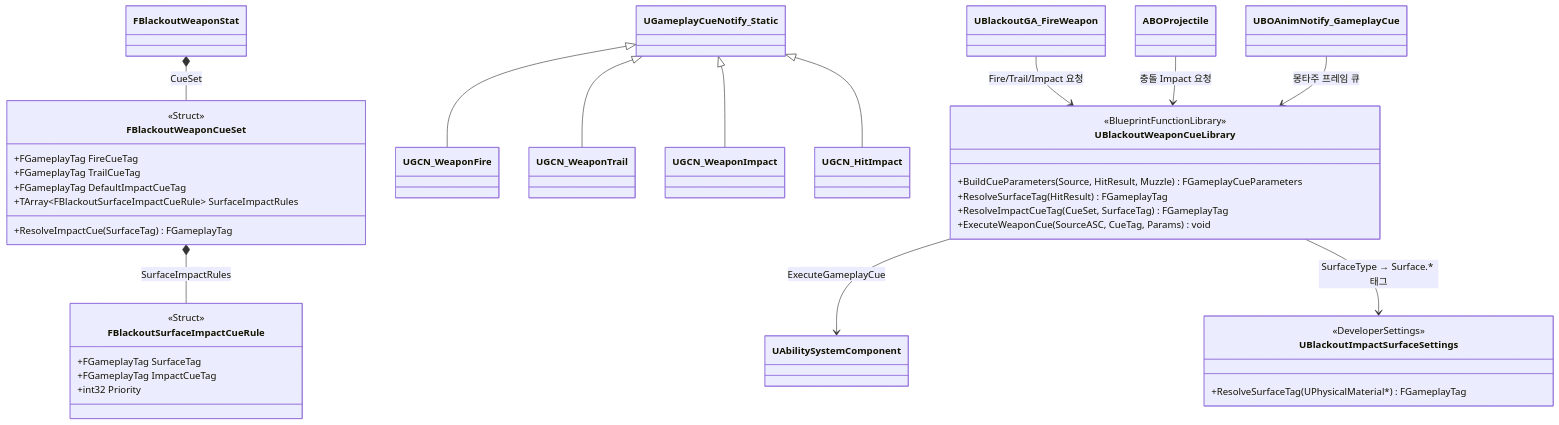
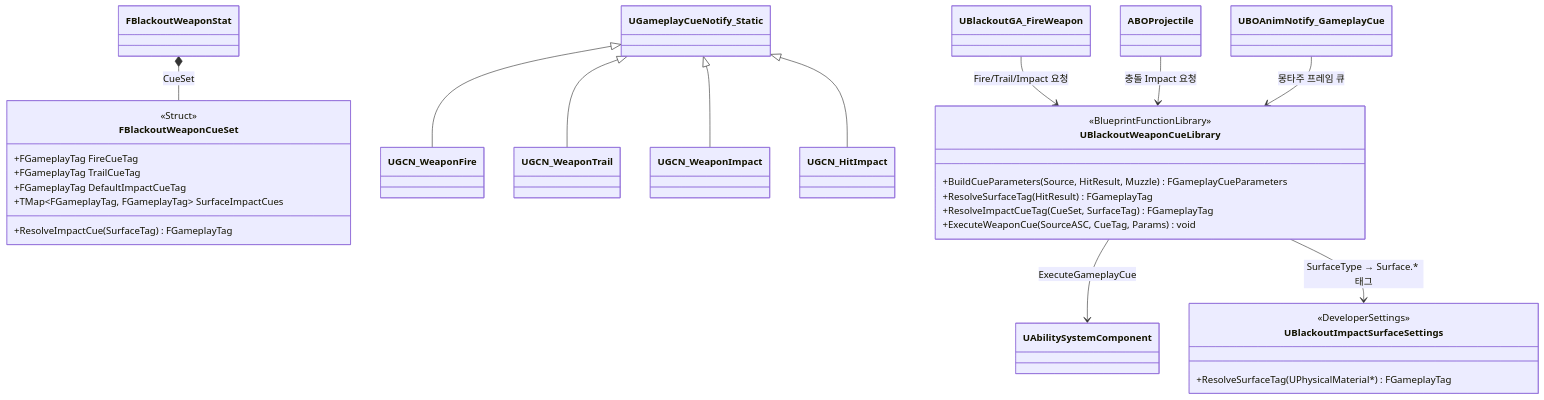
The second of 2 diagrams in Docs/슬라이드_GCN_실행로직.md (seongwon1579/ProjectBlackout), drawn with Mermaid before and after one commit. The commit also changed other lines of this file and 2 other files, not shown here.

Commit message:
Refactor: 무기 피격 GCN 매핑 TMap 기반 전환
ResolveImpactCue를 TArray 선형 탐색에서 표면 태그 키
TMap 조회로 단순화. 키 유일성으로 불필요해진
FBlackoutSurfaceImpactCueRule/Priority 제거, 관련 문서 동기화.

````diff
--- a/Docs/슬라이드_GCN_실행로직.md
+++ b/Docs/슬라이드_GCN_실행로직.md
@@ -63,40 +63,33 @@
 ```mermaid
 classDiagram
     direction TB
     FBlackoutWeaponStat *-- FBlackoutWeaponCueSet : CueSet
-    FBlackoutWeaponCueSet *-- FBlackoutSurfaceImpactCueRule : SurfaceImpactRules
     UGameplayCueNotify_Static <|-- UGCN_WeaponFire
     UGameplayCueNotify_Static <|-- UGCN_WeaponTrail
     UGameplayCueNotify_Static <|-- UGCN_WeaponImpact
     UGameplayCueNotify_Static <|-- UGCN_HitImpact
     class FBlackoutWeaponCueSet {
         <<Struct>>
         +FGameplayTag FireCueTag
         +FGameplayTag TrailCueTag
         +FGameplayTag DefaultImpactCueTag
-        +TArray~FBlackoutSurfaceImpactCueRule~ SurfaceImpactRules
+        +TMap~FGameplayTag, FGameplayTag~ SurfaceImpactCues
         +ResolveImpactCue(SurfaceTag) FGameplayTag
-    }
-    class FBlackoutSurfaceImpactCueRule {
-        <<Struct>>
-        +FGameplayTag SurfaceTag
-        +FGameplayTag ImpactCueTag
-        +int32 Priority
     }
     class UBlackoutWeaponCueLibrary {
         <<BlueprintFunctionLibrary>>
         +BuildCueParameters(Source, HitResult, Muzzle) FGameplayCueParameters
         +ResolveSurfaceTag(HitResult) FGameplayTag
         +ResolveImpactCueTag(CueSet, SurfaceTag) FGameplayTag
         +ExecuteWeaponCue(SourceASC, CueTag, Params) void
     }
     class UBlackoutImpactSurfaceSettings {
         <<DeveloperSettings>>
         +ResolveSurfaceTag(UPhysicalMaterial*) FGameplayTag
     }
     UBlackoutGA_FireWeapon --> UBlackoutWeaponCueLibrary : Fire/Trail/Impact 요청
     ABOProjectile --> UBlackoutWeaponCueLibrary : 충돌 Impact 요청
     UBOAnimNotify_GameplayCue --> UBlackoutWeaponCueLibrary : 몽타주 프레임 큐
     UBlackoutWeaponCueLibrary --> UAbilitySystemComponent : ExecuteGameplayCue
     UBlackoutWeaponCueLibrary --> UBlackoutImpactSurfaceSettings : SurfaceType → Surface.* 태그
 ```
````
